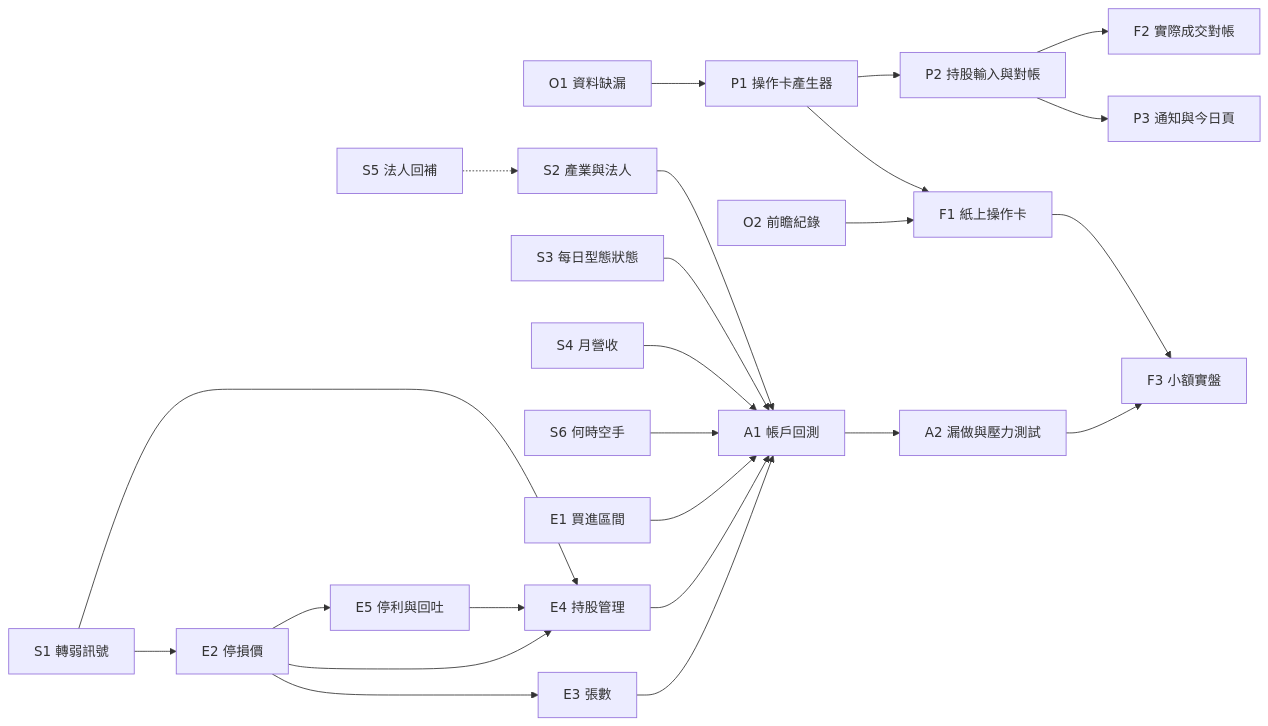
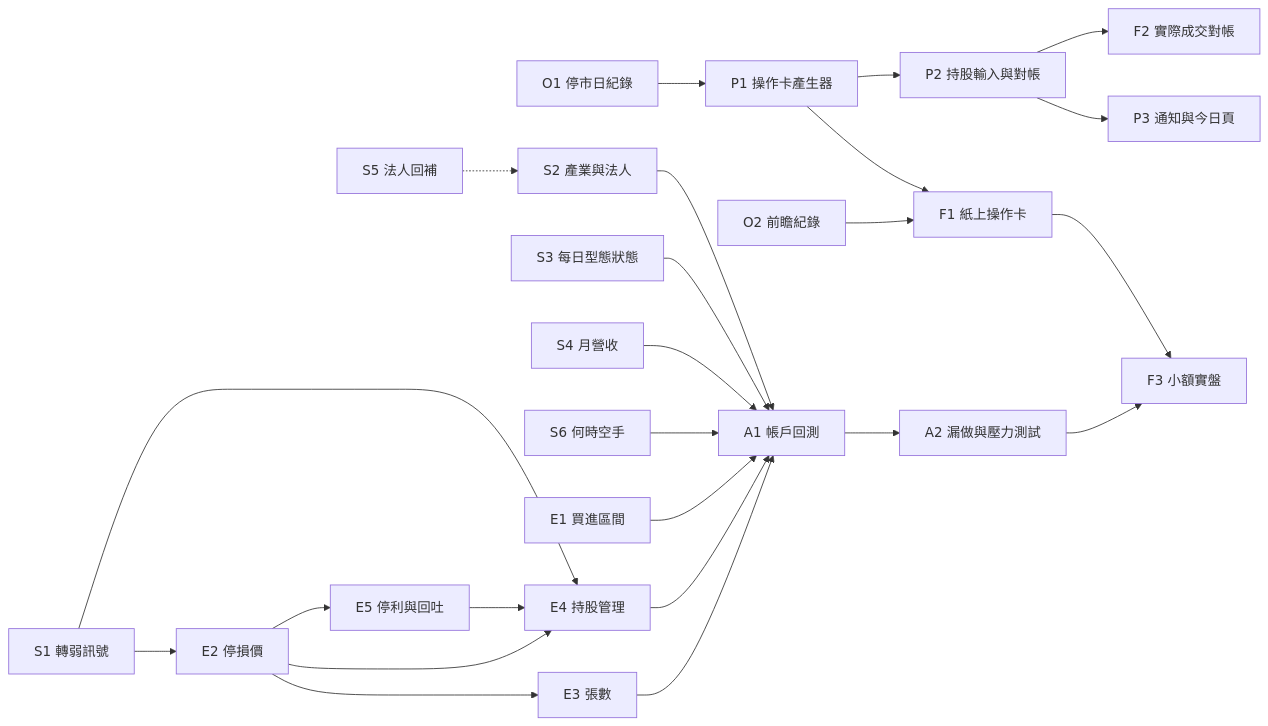
The diagram in docs/en/research-roadmap.md (TaiwanCCyoyo/stock-research), drawn with Mermaid before and after one commit. The commit also changed other lines of this file, not shown here.

````diff
--- a/docs/en/research-roadmap.md
+++ b/docs/en/research-roadmap.md
@@ -93,26 +93,26 @@
 ```mermaid
 flowchart LR
-  O1[O1 資料缺漏] --> P1
+  O1[O1 停市日紀錄] --> P1
   O2[O2 前瞻紀錄] --> F1
   S1[S1 轉弱訊號] --> E2
   S2[S2 產業與法人] --> A1
   S3[S3 每日型態狀態] --> A1
   S4[S4 月營收] --> A1
   S5[S5 法人回補] -.-> S2
   S6[S6 何時空手] --> A1
   E1[E1 買進區間] --> A1
   E2[E2 停損價] --> E3[E3 張數]
   E3 --> A1
   S1 --> E4[E4 持股管理]
   E2 --> E4
   E2 --> E5[E5 停利與回吐]
   E5 --> E4
   E4 --> A1
   A1[A1 帳戶回測] --> A2[A2 漏做與壓力測試]
   P1[P1 操作卡產生器] --> F1[F1 紙上操作卡]
   A2 --> F3[F3 小額實盤]
   F1 --> F3
   P1 --> P2[P2 持股輸入與對帳]
   P2 --> P3[P3 通知與今日頁]
   P2 --> F2[F2 實際成交對帳]
 ```
````
